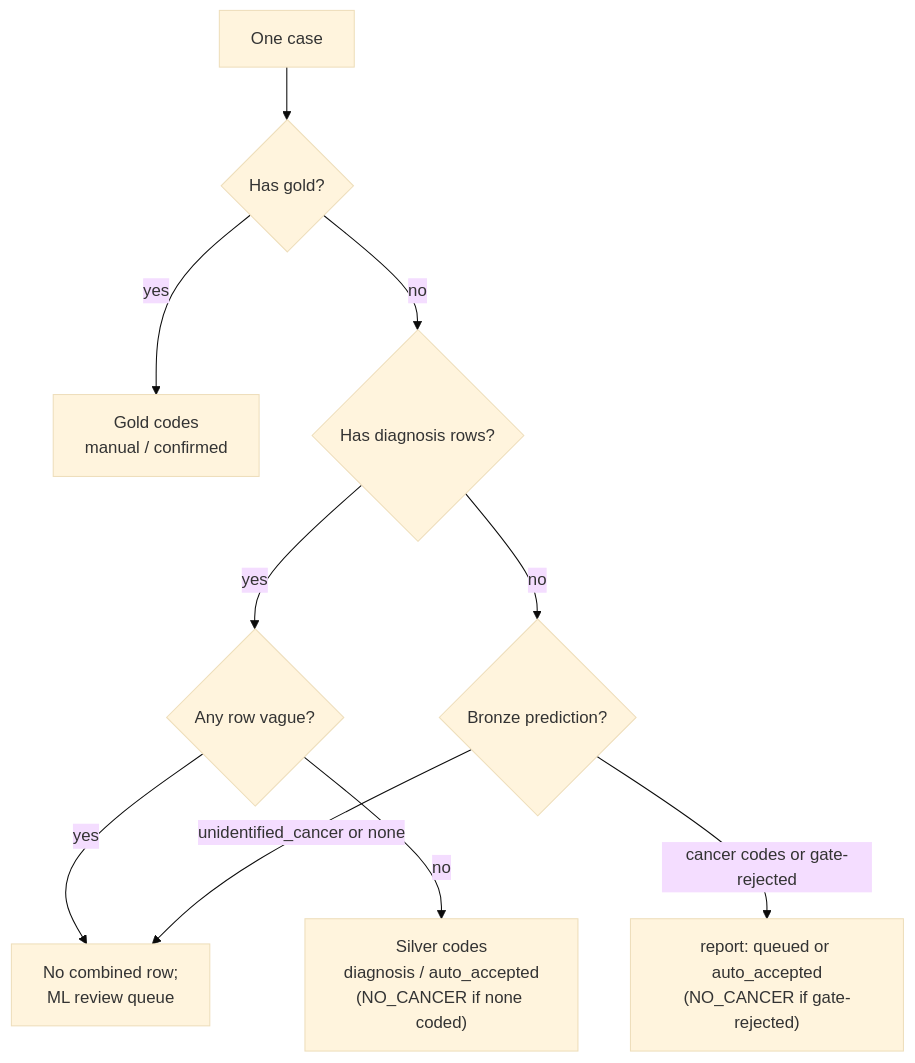
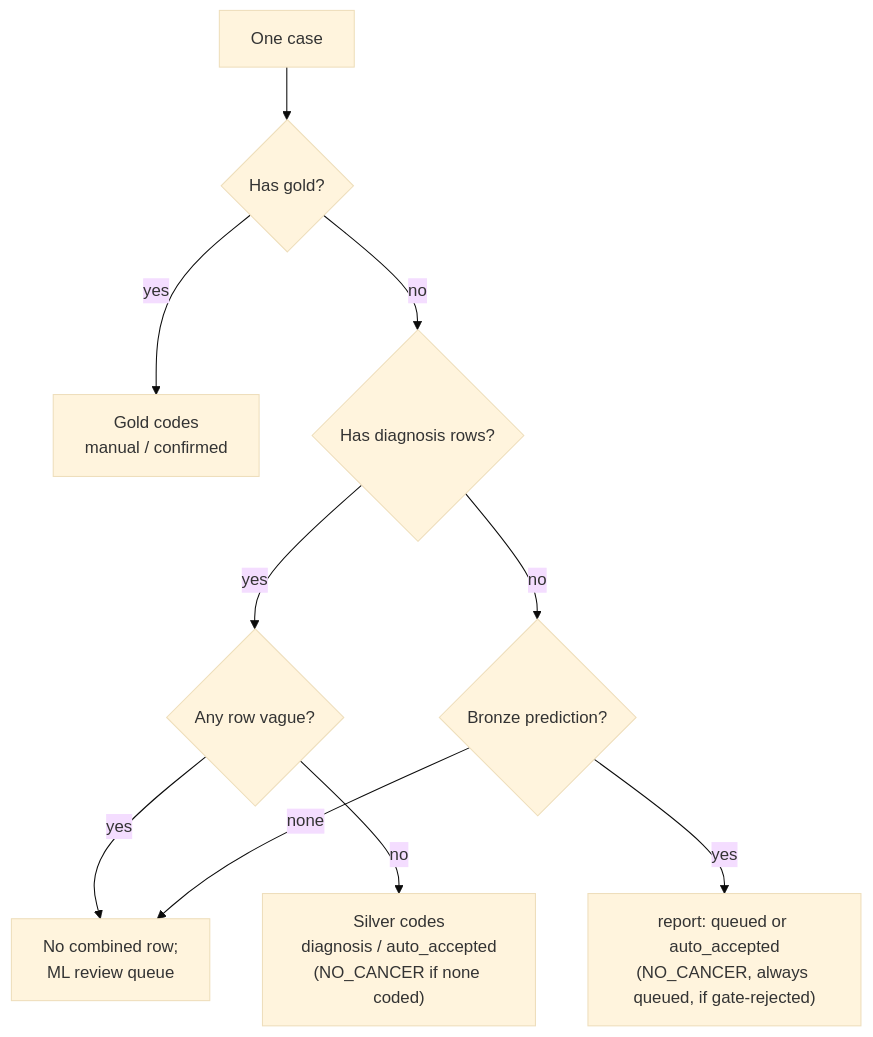
Before and after one commit to YugrajD/UC-Davis-VMTH-Cancer-Registry: the diagram in ml/documentation/concepts/coding.md, drawn with Mermaid (base theme). The commit also changed other lines of this file and 32 other files, not shown here.

````diff
--- a/ml/documentation/concepts/coding.md
+++ b/ml/documentation/concepts/coding.md
@@ -13,12 +13,12 @@
 ```mermaid
 flowchart TD
     c["One case"] --> g{"Has gold?"}
     g -->|yes| man["Gold codes<br>manual / confirmed"]
     g -->|no| d{"Has diagnosis rows?"}
     d -->|yes| v{"Any row vague?"}
     v -->|yes| q["No combined row;<br>ML review queue"]
     v -->|no| dia["Silver codes<br>diagnosis / auto_accepted<br>(NO_CANCER if none coded)"]
     d -->|no| b{"Bronze prediction?"}
-    b -->|"cancer codes or gate-rejected"| bro["report: queued or auto_accepted<br>(NO_CANCER if gate-rejected)"]
-    b -->|"unidentified_cancer or none"| q
+    b -->|"yes"| bro["report: queued or auto_accepted<br>(NO_CANCER, always queued, if gate-rejected)"]
+    b -->|"none"| q
 ```
````
